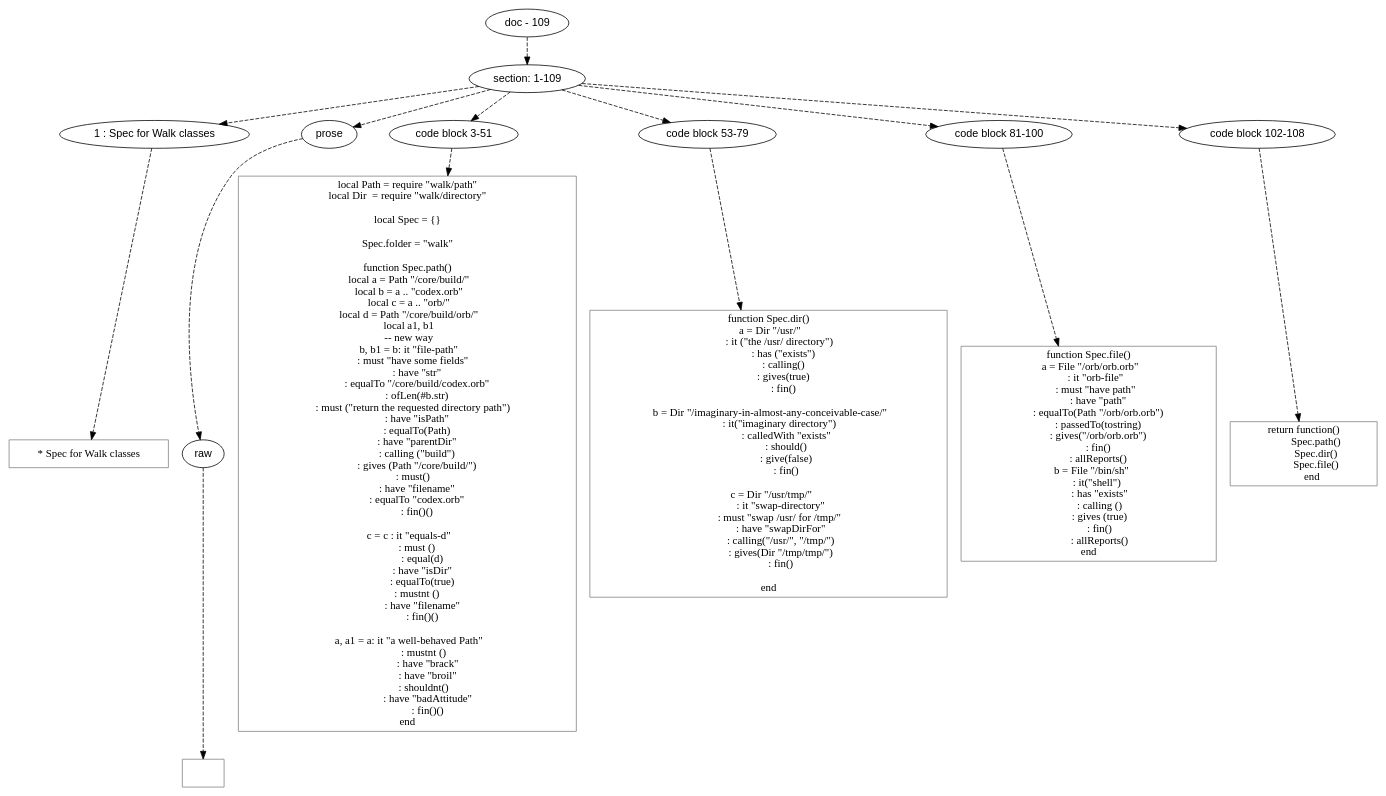
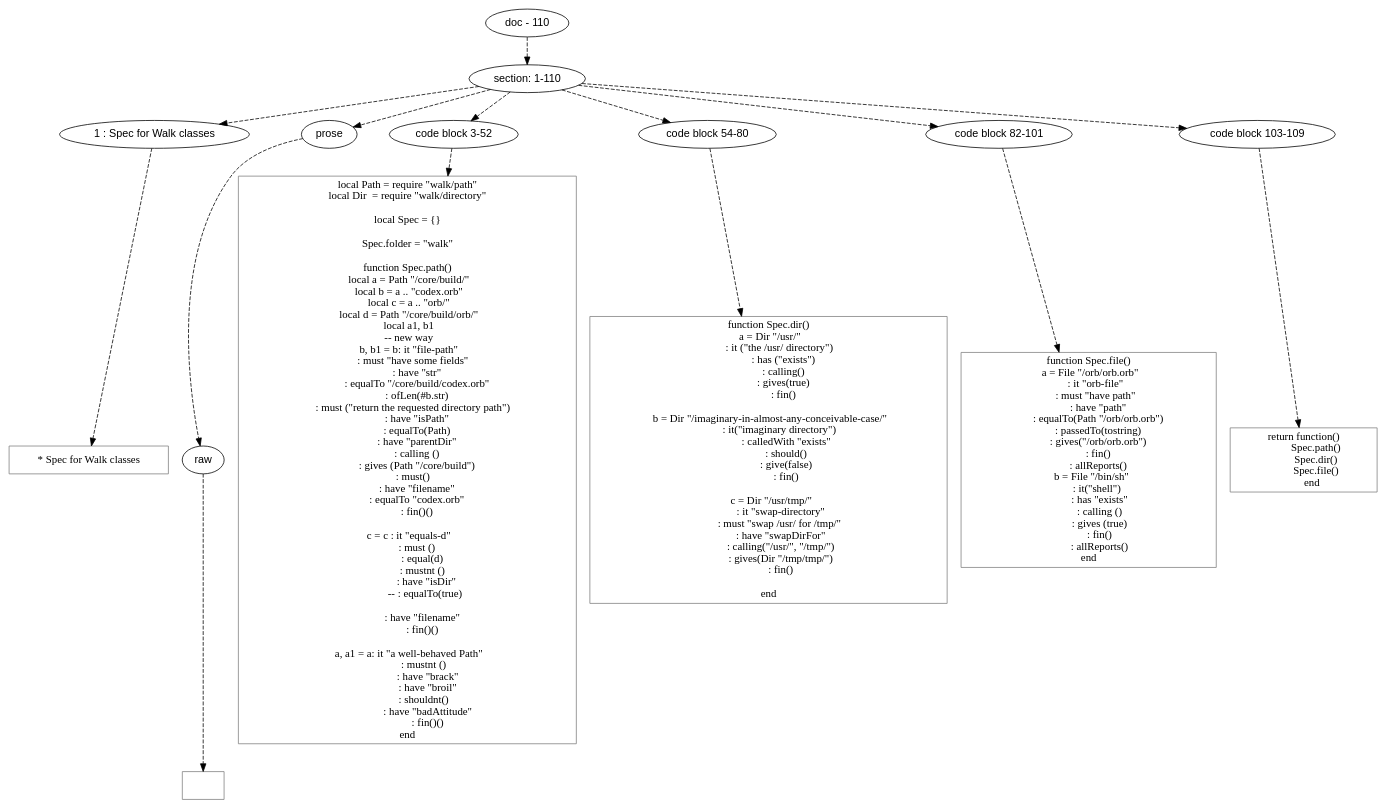
One commit to mnemnion/orb changed the diagram in doc/dot/spec/walk-spec.dot. Above: the diagram before and after it, drawn with Graphviz. The commit also changed 9 other files, not shown here.

```diff
--- a/doc/dot/spec/walk-spec.dot
+++ b/doc/dot/spec/walk-spec.dot
@@ -1,160 +1,161 @@
 digraph lpegNode {
 
 node [fontname=Helvetica]
 edge [style=dashed]
 
-doc_0 [label="doc - 109"]
+doc_0 [label="doc - 110"]
 
 
 doc_0 -> { section_1}
 {rank=same; section_1}
 
-section_1 [label="section: 1-109"]
+section_1 [label="section: 1-110"]
 
 
 // END RANK doc_0
 
 section_1 -> { header_2 prose_3 codeblock_4 codeblock_5 codeblock_6 codeblock_7}
 {rank=same; header_2 prose_3 codeblock_4 codeblock_5 codeblock_6 codeblock_7}
 
 header_2 [label="1 : Spec for Walk classes"]
 
 prose_3 [label="prose"]
 
-codeblock_4 [label="code block 3-51"]
+codeblock_4 [label="code block 3-52"]
 
-codeblock_5 [label="code block 53-79"]
+codeblock_5 [label="code block 54-80"]
 
-codeblock_6 [label="code block 81-100"]
+codeblock_6 [label="code block 82-101"]
 
-codeblock_7 [label="code block 102-108"]
+codeblock_7 [label="code block 103-109"]
 
 
 // END RANK section_1
 
 header_2 -> leaf_8
 leaf_8  [color=Gray,shape=rectangle,fontname=Inconsolata,label="* Spec for Walk classes"]
 // END RANK header_2
 
 prose_3 -> { raw_9}
 {rank=same; raw_9}
 
 raw_9 [label="raw"]
 
 
 // END RANK prose_3
 
 raw_9 -> leaf_10
 leaf_10  [color=Gray,shape=rectangle,fontname=Inconsolata,label="
 "]
 // END RANK raw_9
 
 codeblock_4 -> leaf_11
 leaf_11  [color=Gray,shape=rectangle,fontname=Inconsolata,label="local Path = require \"walk/path\"
 local Dir  = require \"walk/directory\"
 
 local Spec = {}
 
 Spec.folder = \"walk\"
 
 function Spec.path()
   local a = Path \"/core/build/\"
   local b = a .. \"codex.orb\"
   local c = a .. \"orb/\"
   local d = Path \"/core/build/orb/\"
   local a1, b1
   -- new way
   b, b1 = b: it \"file-path\"
      : must \"have some fields\"
         : have \"str\"
         : equalTo \"/core/build/codex.orb\"
         : ofLen(#b.str)
      : must (\"return the requested directory path\")
         : have \"isPath\"
         : equalTo(Path)
         : have \"parentDir\"
-        : calling (\"build\")
-        : gives (Path \"/core/build/\")
+        : calling ()
+        : gives (Path \"/core/build\")
      : must()
         : have \"filename\"
         : equalTo \"codex.orb\"
         : fin()()
 
   c = c : it \"equals-d\"
         : must ()
             : equal(d)
-            : have \"isDir\"
-            : equalTo(true)
-        : mustnt ()
+            : mustnt ()
+               : have \"isDir\"
+              -- : equalTo(true)
+
             : have \"filename\"
             : fin()()
 
   a, a1 = a: it \"a well-behaved Path\"
              : mustnt ()
                 : have \"brack\"
                 : have \"broil\"
              : shouldnt()
                 : have \"badAttitude\"
                 : fin()()
 end"]
 // END RANK codeblock_4
 
 codeblock_5 -> leaf_12
 leaf_12  [color=Gray,shape=rectangle,fontname=Inconsolata,label="function Spec.dir()
   a = Dir \"/usr/\"
          : it (\"the /usr/ directory\")
             : has (\"exists\")
             : calling()
             : gives(true)
             : fin()
 
   b = Dir \"/imaginary-in-almost-any-conceivable-case/\"
          : it(\"imaginary directory\")
               : calledWith \"exists\"
               : should()
               : give(false)
               : fin()
 
    c = Dir \"/usr/tmp/\"
           : it \"swap-directory\"
          : must \"swap /usr/ for /tmp/\"
           : have \"swapDirFor\"
           : calling(\"/usr/\", \"/tmp/\")
           : gives(Dir \"/tmp/tmp/\")
           : fin()
 
 end
 "]
 // END RANK codeblock_5
 
 codeblock_6 -> leaf_13
 leaf_13  [color=Gray,shape=rectangle,fontname=Inconsolata,label="function Spec.file()
   a = File \"/orb/orb.orb\"
       : it \"orb-file\"
       : must \"have path\"
         : have \"path\"
         : equalTo(Path \"/orb/orb.orb\")
         : passedTo(tostring)
         : gives(\"/orb/orb.orb\")
         : fin()
         : allReports()
    b = File \"/bin/sh\"
        : it(\"shell\")
          : has \"exists\"
          : calling ()
          : gives (true)
          : fin()
          : allReports()
 end"]
 // END RANK codeblock_6
 
 codeblock_7 -> leaf_14
 leaf_14  [color=Gray,shape=rectangle,fontname=Inconsolata,label="return function()
           Spec.path()
           Spec.dir()
           Spec.file()
        end"]
 // END RANK codeblock_7
 
 
 }
```
